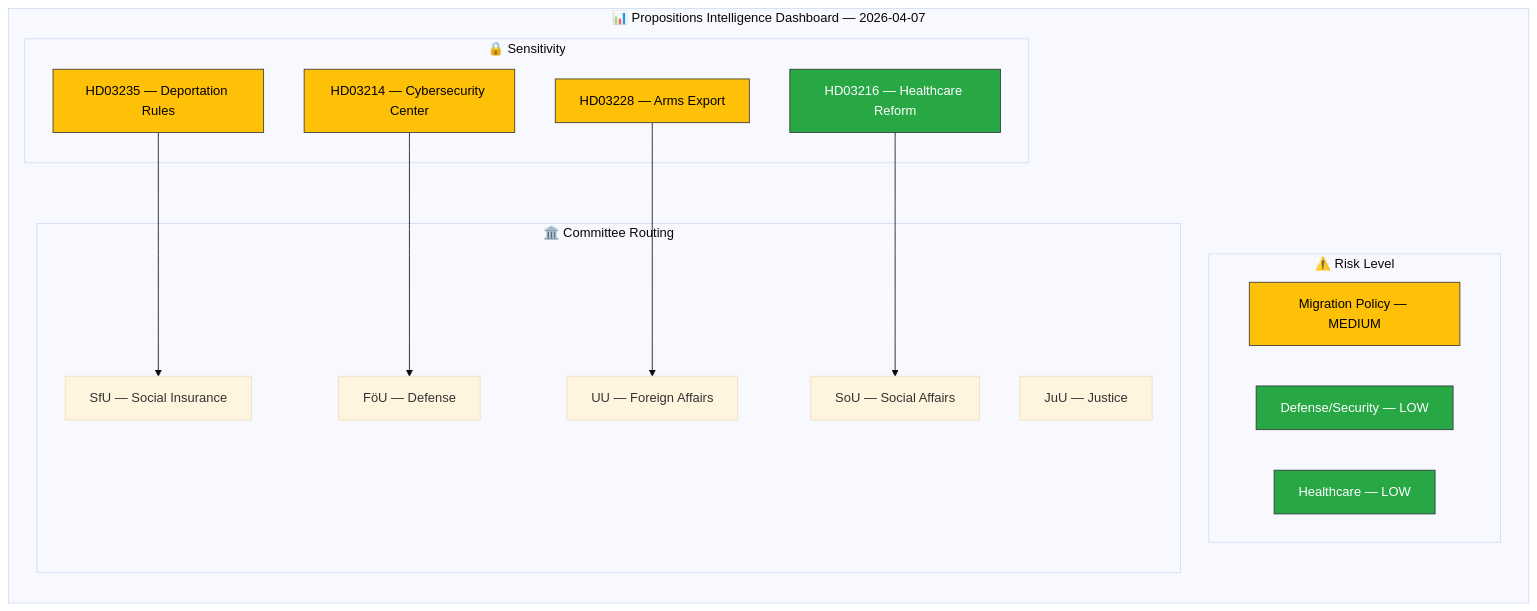
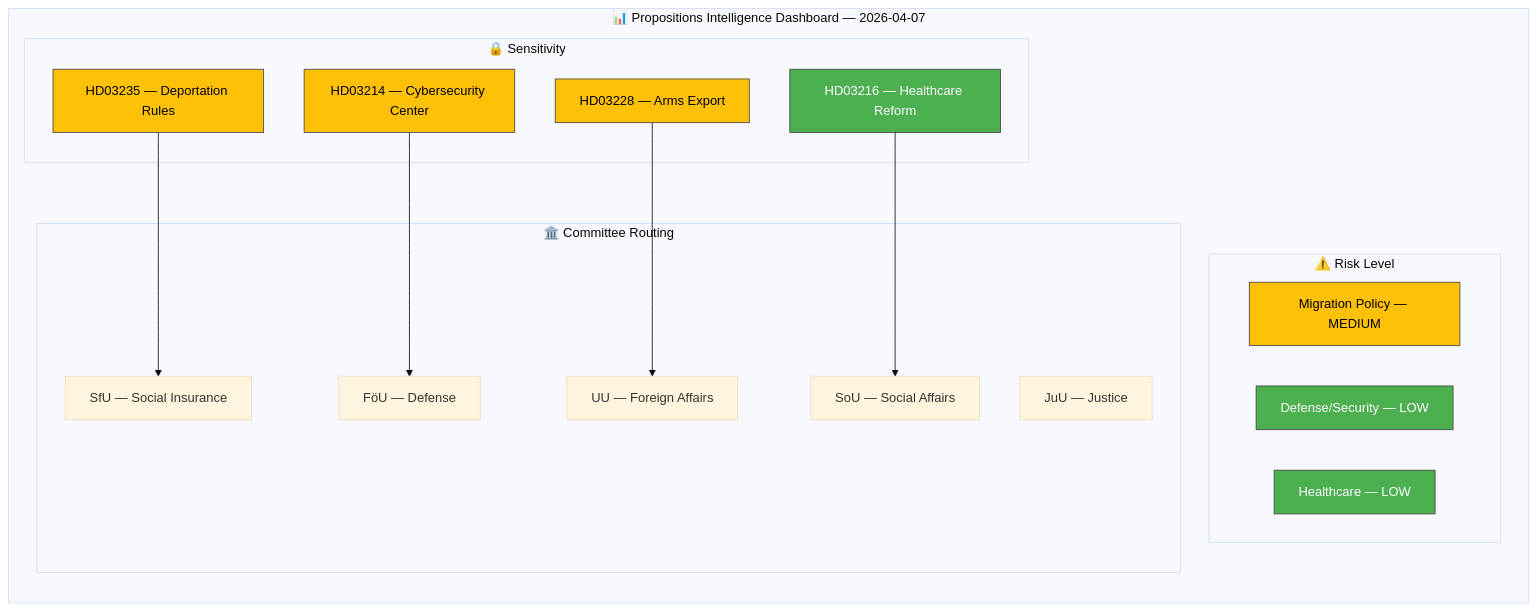
Before and after one commit to Hack23/riksdagsmonitor: the first of 2 diagrams in analysis/daily/2026-04-07/propositions/synthesis-summary.md, drawn with Mermaid (base theme). The commit also changed 785 other files, not shown here.

First line of the commit message:
Normalize mermaid colors across 786 analysis artifacts to ISMS Style Guide palette

````diff
--- a/analysis/daily/2026-04-07/propositions/synthesis-summary.md
+++ b/analysis/daily/2026-04-07/propositions/synthesis-summary.md
@@ -15,35 +15,35 @@
 ```mermaid
 graph TD
     subgraph "📊 Propositions Intelligence Dashboard — 2026-04-07"
         direction TB
         subgraph "🔒 Sensitivity"
             S1["HD03235 — Deportation Rules"]
             S2["HD03214 — Cybersecurity Center"]
             S3["HD03228 — Arms Export"]
             S4["HD03216 — Healthcare Reform"]
         end
         subgraph "⚠️ Risk Level"
             R1["Migration Policy — MEDIUM"]
             R2["Defense/Security — LOW"]
             R3["Healthcare — LOW"]
         end
         subgraph "🏛️ Committee Routing"
             C1["SfU — Social Insurance"]
             C2["FöU — Defense"]
             C3["UU — Foreign Affairs"]
             C4["SoU — Social Affairs"]
             C5["JuU — Justice"]
         end
     end
     S1 --> C1
     S2 --> C2
     S3 --> C3
     S4 --> C4
-    style S1 fill:#ffc107,stroke:#333,color:#000
-    style S2 fill:#ffc107,stroke:#333,color:#000
-    style S3 fill:#ffc107,stroke:#333,color:#000
-    style S4 fill:#28a745,stroke:#333,color:#fff
-    style R1 fill:#ffc107,stroke:#333,color:#000
-    style R2 fill:#28a745,stroke:#333,color:#fff
-    style R3 fill:#28a745,stroke:#333,color:#fff
+    style S1 fill:#FFC107,stroke:#424242,color:#000000
+    style S2 fill:#FFC107,stroke:#424242,color:#000000
+    style S3 fill:#FFC107,stroke:#424242,color:#000000
+    style S4 fill:#4CAF50,stroke:#424242,color:#FFFFFF
+    style R1 fill:#FFC107,stroke:#424242,color:#000000
+    style R2 fill:#4CAF50,stroke:#424242,color:#FFFFFF
+    style R3 fill:#4CAF50,stroke:#424242,color:#FFFFFF
 ```
````
